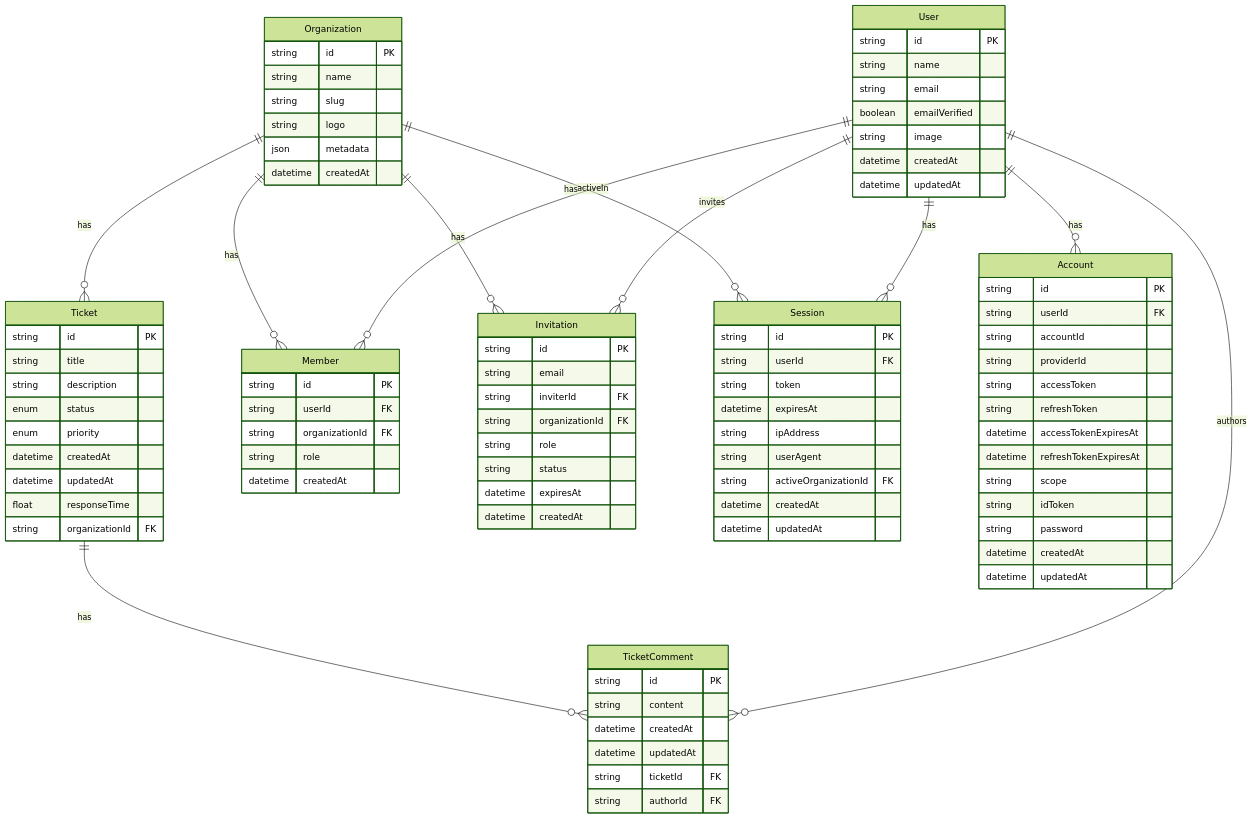
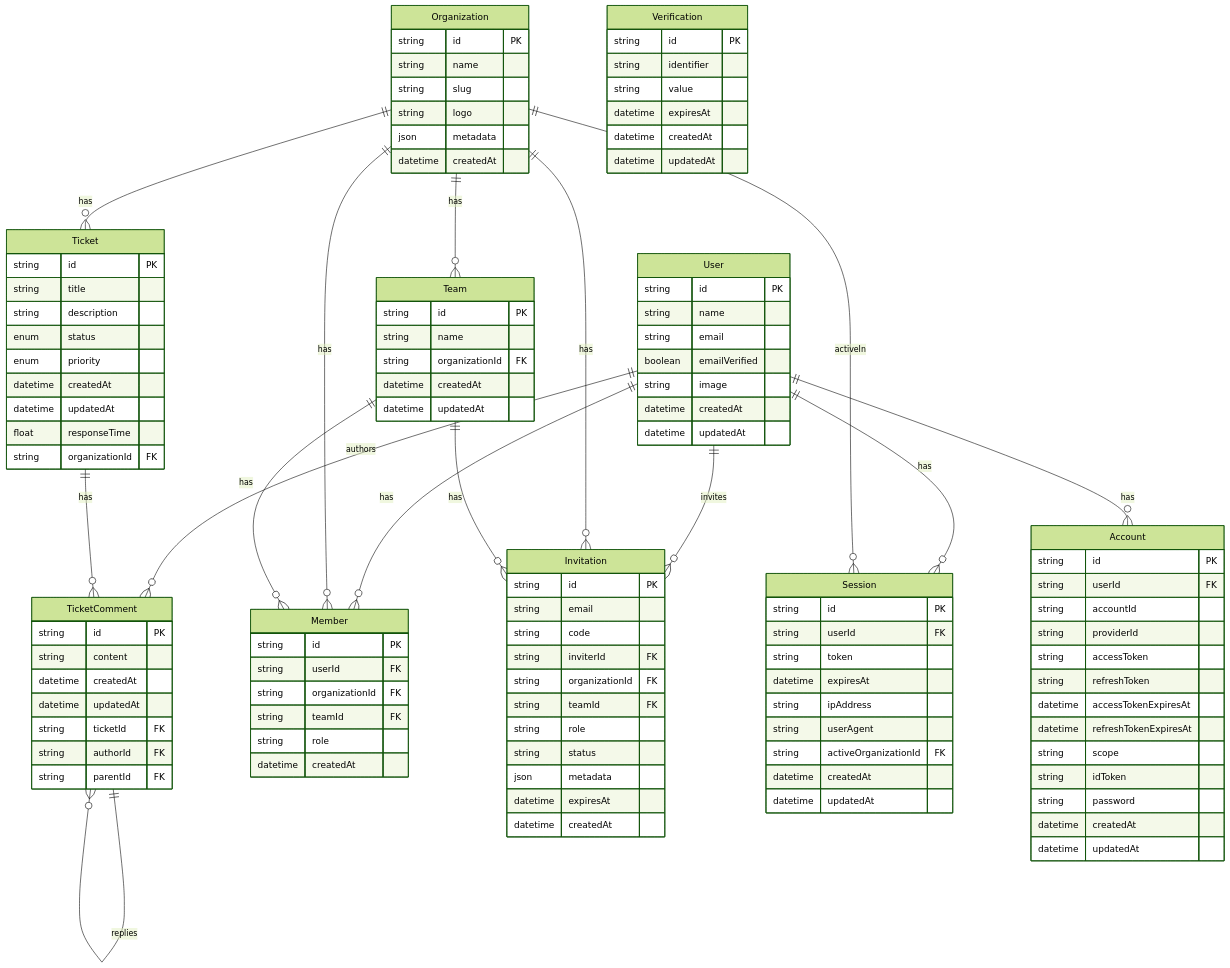
The second of 3 diagrams in README.md (Best-Company-A-S/masterticket), drawn with Mermaid (forest theme) before and after one commit. The commit also changed other lines of this file and 6 other files, not shown here.

First line of the commit message:
Update documentation and Prisma schema for enhanced team and organization management

````diff
--- a/README.md
+++ b/README.md
@@ -76,6 +88,14 @@
         datetime createdAt
     }
 
+    Team {
+        string id PK
+        string name
+        string organizationId FK
+        datetime createdAt
+        datetime updatedAt
+    }
+
     Ticket {
         string id PK
         string title
@@ -95,12 +115,14 @@
         datetime updatedAt
         string ticketId FK
         string authorId FK
+        string parentId FK
     }
 
     Member {
         string id PK
         string userId FK
         string organizationId FK
+        string teamId FK
         string role
         datetime createdAt
     }
@@ -108,12 +130,24 @@
     Invitation {
         string id PK
         string email
+        string code
         string inviterId FK
         string organizationId FK
+        string teamId FK
         string role
         string status
+        json metadata
         datetime expiresAt
         datetime createdAt
+    }
+
+    Verification {
+        string id PK
+        string identifier
+        string value
+        datetime expiresAt
+        datetime createdAt
+        datetime updatedAt
     }
 
     Session {
@@ -153,7 +187,12 @@
     Organization ||--o{ Member : has
     Organization ||--o{ Invitation : has
     Organization ||--o{ Ticket : has
+    Organization ||--o{ Team : has
     Organization ||--o{ Session : activeIn
 
+    Team ||--o{ Member : has
+    Team ||--o{ Invitation : has
+
     Ticket ||--o{ TicketComment : has
+    TicketComment ||--o{ TicketComment : replies
 ```
````
